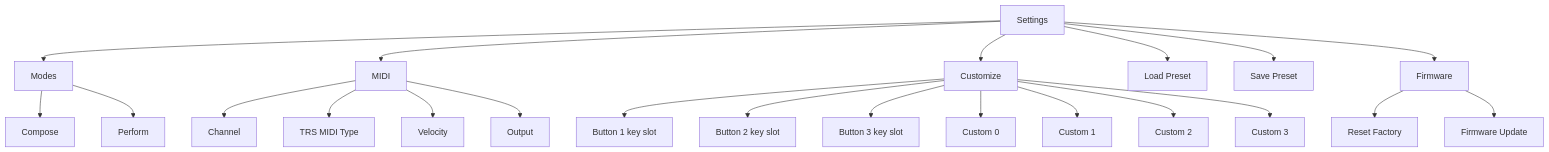
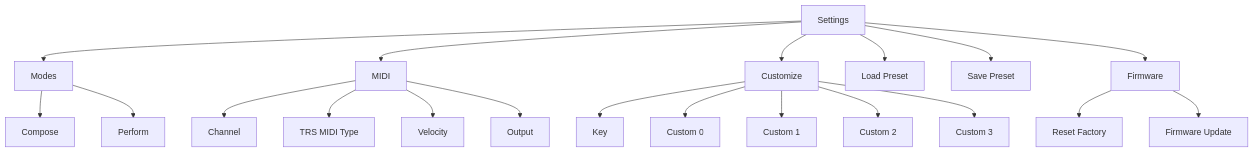
One commit to dovker/Touchord changed the fifth of 6 diagrams in PRINTABLE_USER_MANUAL.md. Above: the diagram before and after it, drawn with Mermaid. The commit also changed other lines of this file and 261 other files, not shown here.

````diff
--- a/PRINTABLE_USER_MANUAL.md
+++ b/PRINTABLE_USER_MANUAL.md
@@ -515,28 +496,26 @@
 ```mermaid
 flowchart TD
   A["Settings"] --> B["Modes"]
   A --> C["MIDI"]
   A --> D["Customize"]
   A --> E["Load Preset"]
   A --> F["Save Preset"]
   A --> G["Firmware"]
 
   B --> B1["Compose"]
   B --> B2["Perform"]
 
   C --> C1["Channel"]
   C --> C2["TRS MIDI Type"]
   C --> C3["Velocity"]
   C --> C4["Output"]
 
-  D --> D1["Button 1 key slot"]
-  D --> D2["Button 2 key slot"]
-  D --> D3["Button 3 key slot"]
-  D --> D4["Custom 0"]
-  D --> D5["Custom 1"]
-  D --> D6["Custom 2"]
-  D --> D7["Custom 3"]
+  D --> D1["Key"]
+  D --> D2["Custom 0"]
+  D --> D3["Custom 1"]
+  D --> D4["Custom 2"]
+  D --> D5["Custom 3"]
 
   G --> G1["Reset Factory"]
   G --> G2["Firmware Update"]
 ```
````
